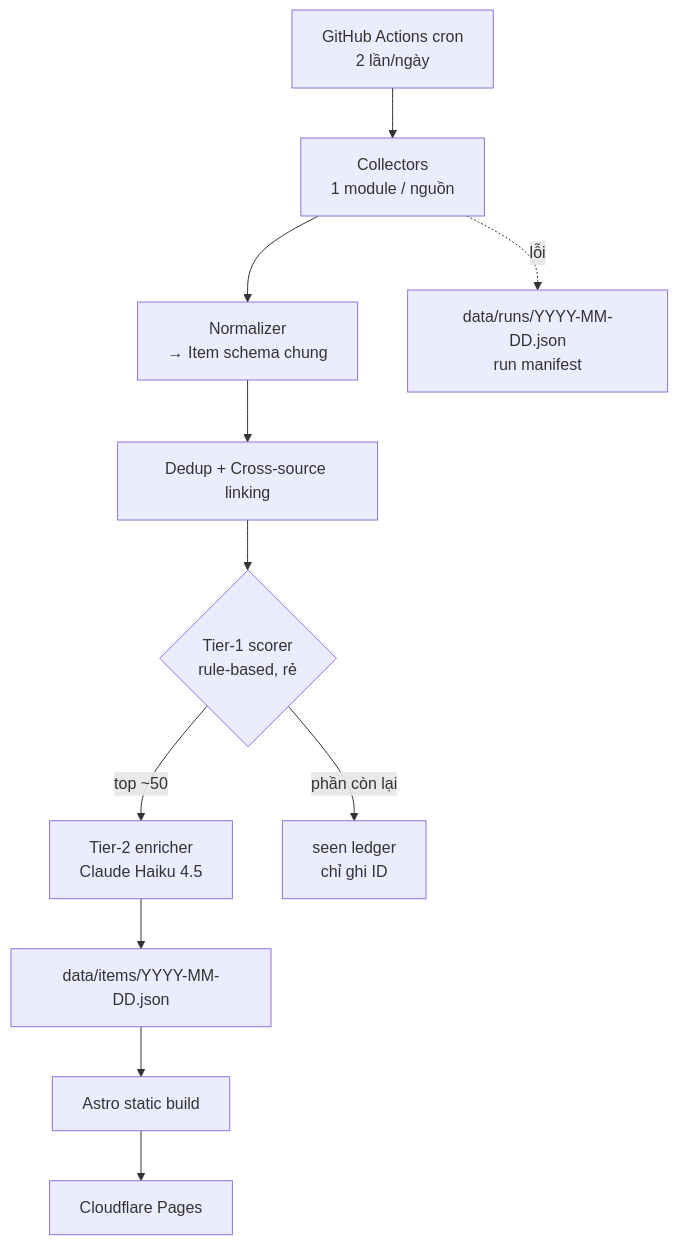
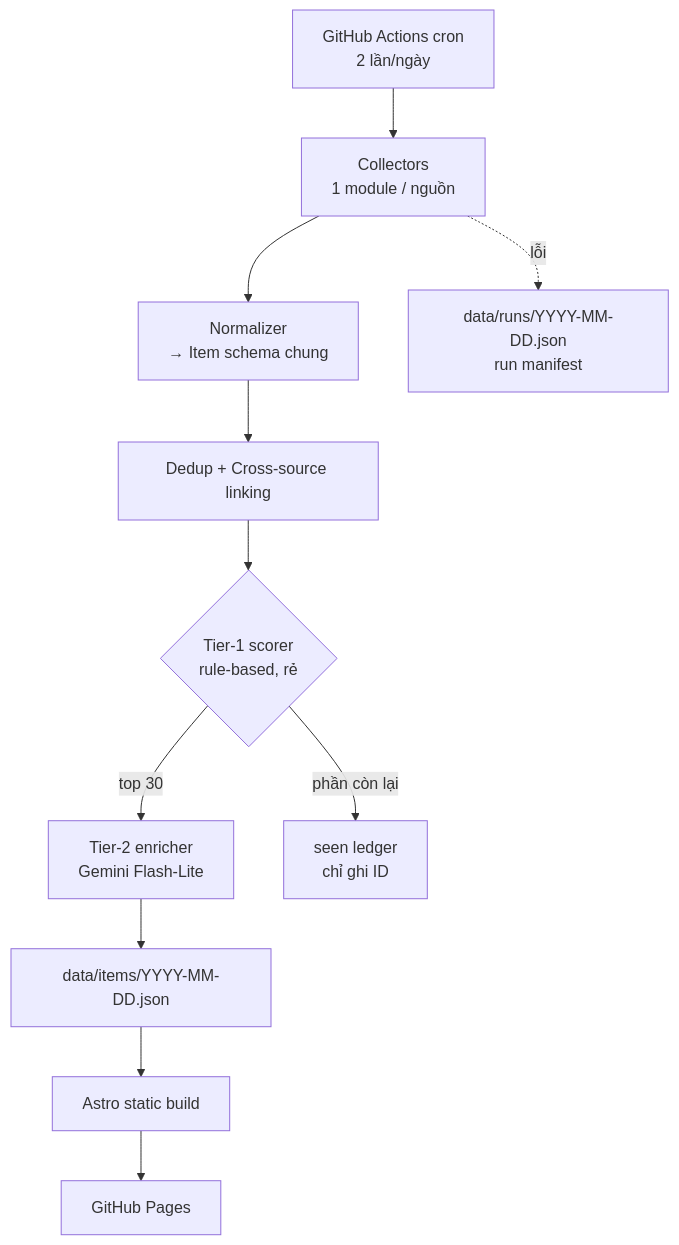
The diagram in docs/ARCHITECTURE.md (BuiVannn/All-News-AI), drawn with Mermaid before and after one commit. The commit also changed other lines of this file and 26 other files, not shown here.

````diff
--- a/docs/ARCHITECTURE.md
+++ b/docs/ARCHITECTURE.md
@@ -74,13 +74,13 @@
 ```mermaid
 flowchart TD
     A[GitHub Actions cron<br/>2 lần/ngày] --> B[Collectors<br/>1 module / nguồn]
     B --> C[Normalizer<br/>→ Item schema chung]
     C --> D[Dedup + Cross-source linking]
     D --> E{Tier-1 scorer<br/>rule-based, rẻ}
-    E -->|top ~50| F[Tier-2 enricher<br/>Claude Haiku 4.5]
+    E -->|top 30| F[Tier-2 enricher<br/>Gemini Flash-Lite]
     E -->|phần còn lại| G[seen ledger<br/>chỉ ghi ID]
     F --> H[data/items/YYYY-MM-DD.json]
     H --> I[Astro static build]
-    I --> J[Cloudflare Pages]
+    I --> J[GitHub Pages]
     B -.lỗi.-> K[data/runs/YYYY-MM-DD.json<br/>run manifest]
 ```
````
